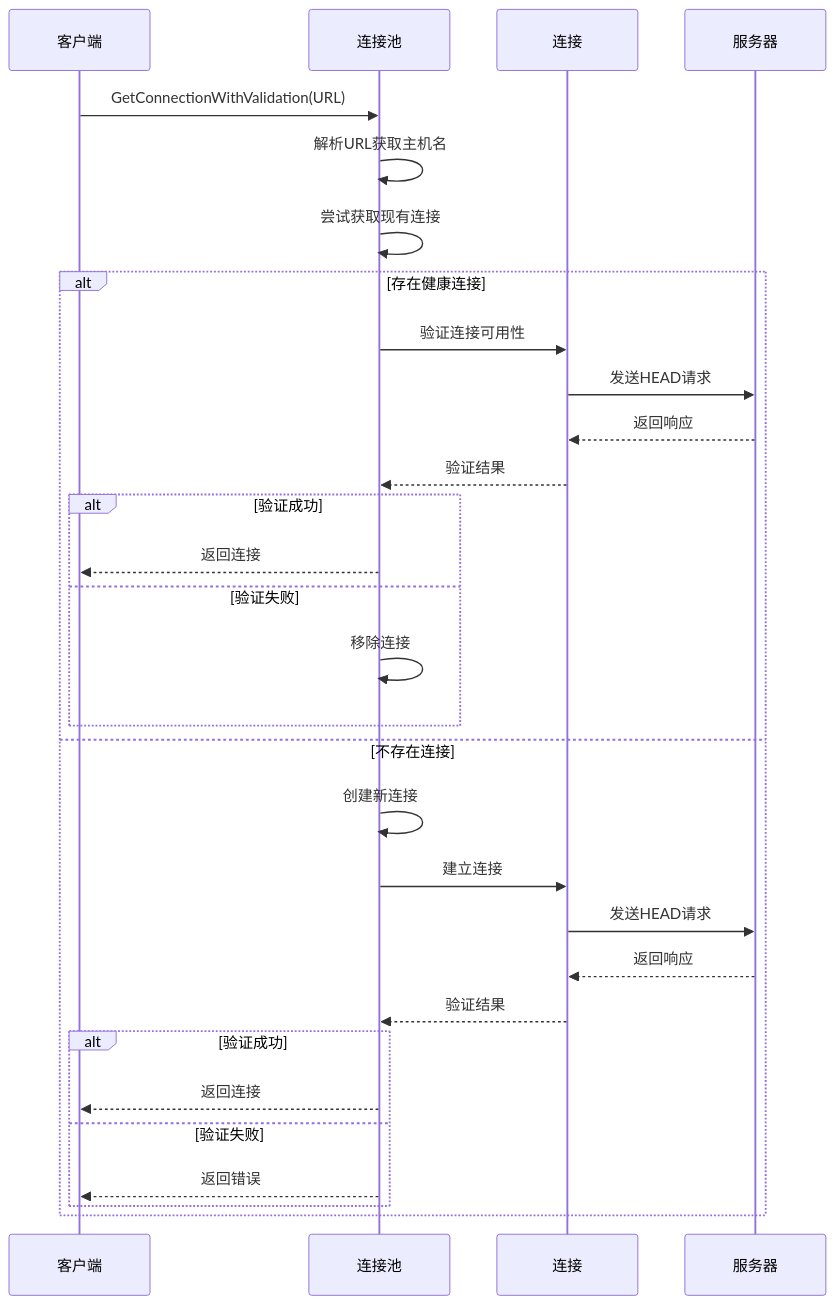
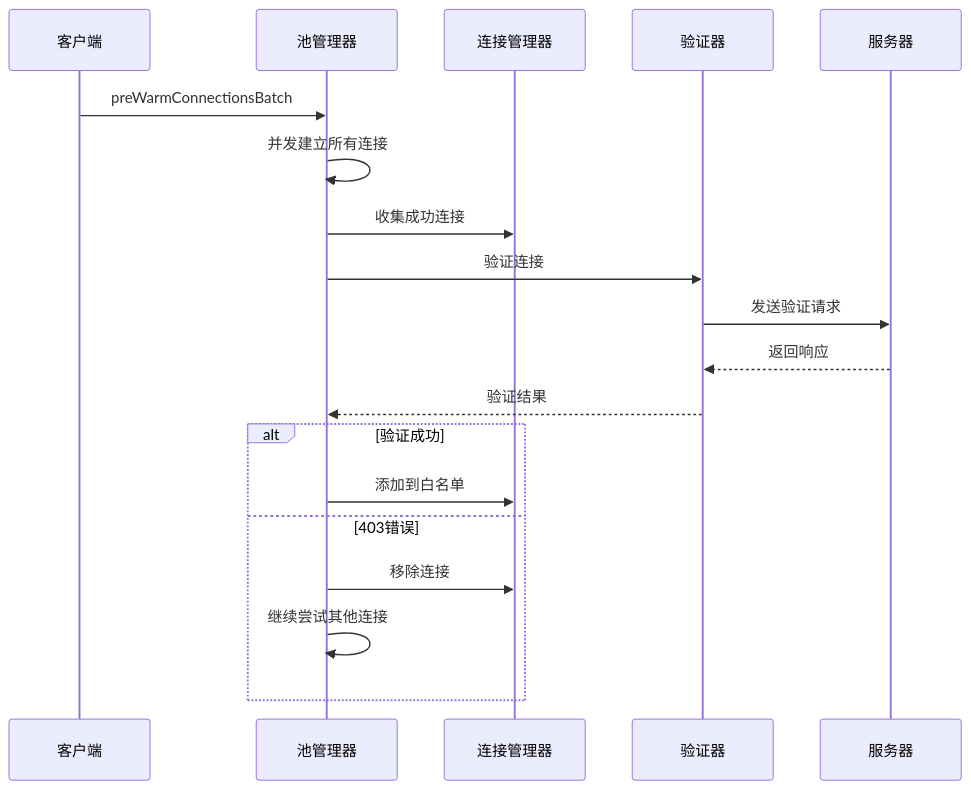
One commit to vistone/crawler-platform changed the fourth of 6 diagrams in .qoder/repowiki/zh/content/API参考/UTLSHotConnPool API/UTLSHotConnPool API.md. Above: the diagram before and after it, drawn with Mermaid. The commit also changed other lines of this file and 40 other files, not shown here.

````diff
--- a/.qoder/repowiki/zh/content/API参考/UTLSHotConnPool API/UTLSHotConnPool API.md
+++ b/.qoder/repowiki/zh/content/API参考/UTLSHotConnPool API/UTLSHotConnPool API.md
@@ -222,32 +169,21 @@
 ```mermaid
 sequenceDiagram
 participant Client as 客户端
-participant Pool as 连接池
-participant Conn as 连接
-participant Server as 服务器
-Client->>Pool : GetConnectionWithValidation(URL)
-Pool->>Pool : 解析URL获取主机名
-Pool->>Pool : 尝试获取现有连接
-alt 存在健康连接
-Pool->>Conn : 验证连接可用性
-Conn->>Server : 发送HEAD请求
-Server-->>Conn : 返回响应
-Conn-->>Pool : 验证结果
+participant PM as 池管理器
+participant CM as 连接管理器
+participant V as 验证器
+participant S as 服务器
+Client->>PM : preWarmConnectionsBatch
+PM->>PM : 并发建立所有连接
+PM->>CM : 收集成功连接
+PM->>V : 验证连接
+V->>S : 发送验证请求
+S-->>V : 返回响应
+V-->>PM : 验证结果
 alt 验证成功
-Pool-->>Client : 返回连接
-else 验证失败
-Pool->>Pool : 移除连接
-end
-else 不存在连接
-Pool->>Pool : 创建新连接
-Pool->>Conn : 建立连接
-Conn->>Server : 发送HEAD请求
-Server-->>Conn : 返回响应
-Conn-->>Pool : 验证结果
-alt 验证成功
-Pool-->>Client : 返回连接
-else 验证失败
-Pool-->>Client : 返回错误
-end
+PM->>CM : 添加到白名单
+else 403错误
+PM->>CM : 移除连接
+PM->>PM : 继续尝试其他连接
 end
 ```
````
